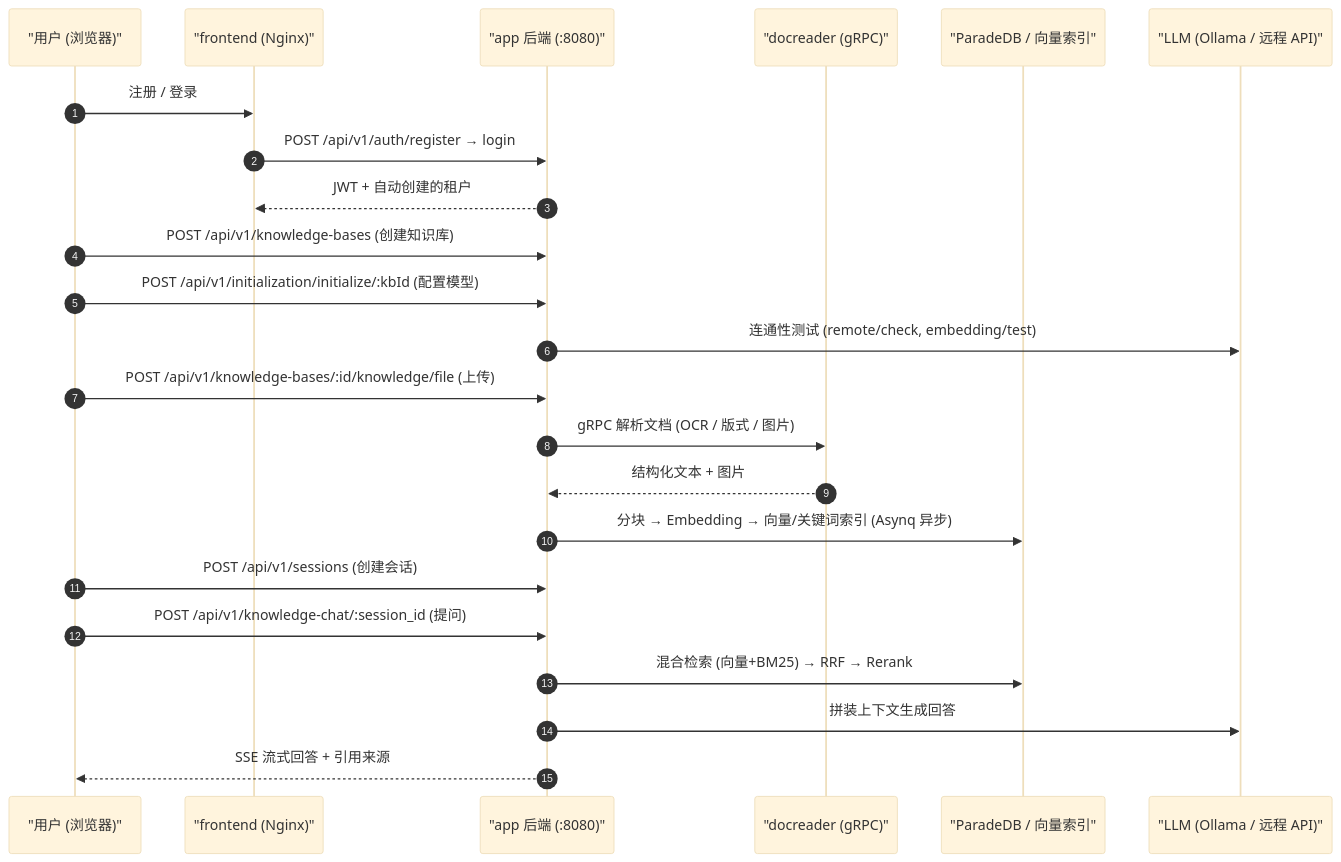
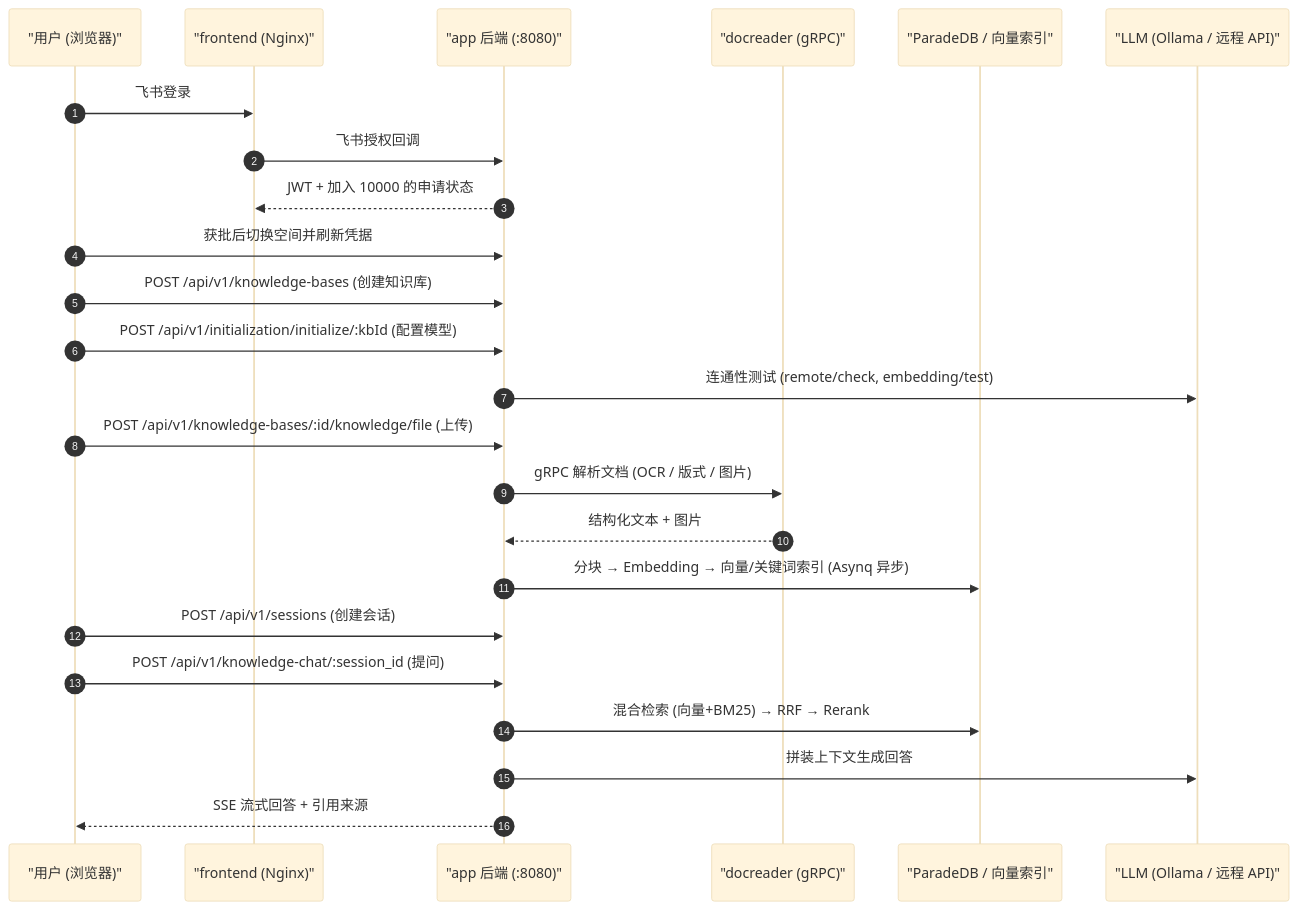
Before and after one commit to JORDYNing/KnowBase: the diagram in website-docs/01-getting-started/03-quickstart.md, drawn with Mermaid (base theme). The commit also changed other lines of this file and 609 other files, not shown here.

````diff
--- a/website-docs/01-getting-started/03-quickstart.md
+++ b/website-docs/01-getting-started/03-quickstart.md
@@ -182,25 +174,26 @@
 ```mermaid
 sequenceDiagram
     autonumber
     participant U as "用户 (浏览器)"
     participant FE as "frontend (Nginx)"
     participant APP as "app 后端 (:8080)"
     participant DR as "docreader (gRPC)"
     participant DB as "ParadeDB / 向量索引"
     participant LLM as "LLM (Ollama / 远程 API)"
-    U->>FE: 注册 / 登录
-    FE->>APP: POST /api/v1/auth/register → login
-    APP-->>FE: JWT + 自动创建的租户
+    U->>FE: 飞书登录
+    FE->>APP: 飞书授权回调
+    APP-->>FE: JWT + 加入 10000 的申请状态
+    U->>APP: 获批后切换空间并刷新凭据
     U->>APP: POST /api/v1/knowledge-bases (创建知识库)
     U->>APP: POST /api/v1/initialization/initialize/:kbId (配置模型)
     APP->>LLM: 连通性测试 (remote/check, embedding/test)
     U->>APP: POST /api/v1/knowledge-bases/:id/knowledge/file (上传)
     APP->>DR: gRPC 解析文档 (OCR / 版式 / 图片)
     DR-->>APP: 结构化文本 + 图片
     APP->>DB: 分块 → Embedding → 向量/关键词索引 (Asynq 异步)
     U->>APP: POST /api/v1/sessions (创建会话)
     U->>APP: POST /api/v1/knowledge-chat/:session_id (提问)
     APP->>DB: 混合检索 (向量+BM25) → RRF → Rerank
     APP->>LLM: 拼装上下文生成回答
     APP-->>U: SSE 流式回答 + 引用来源
 ```
````
